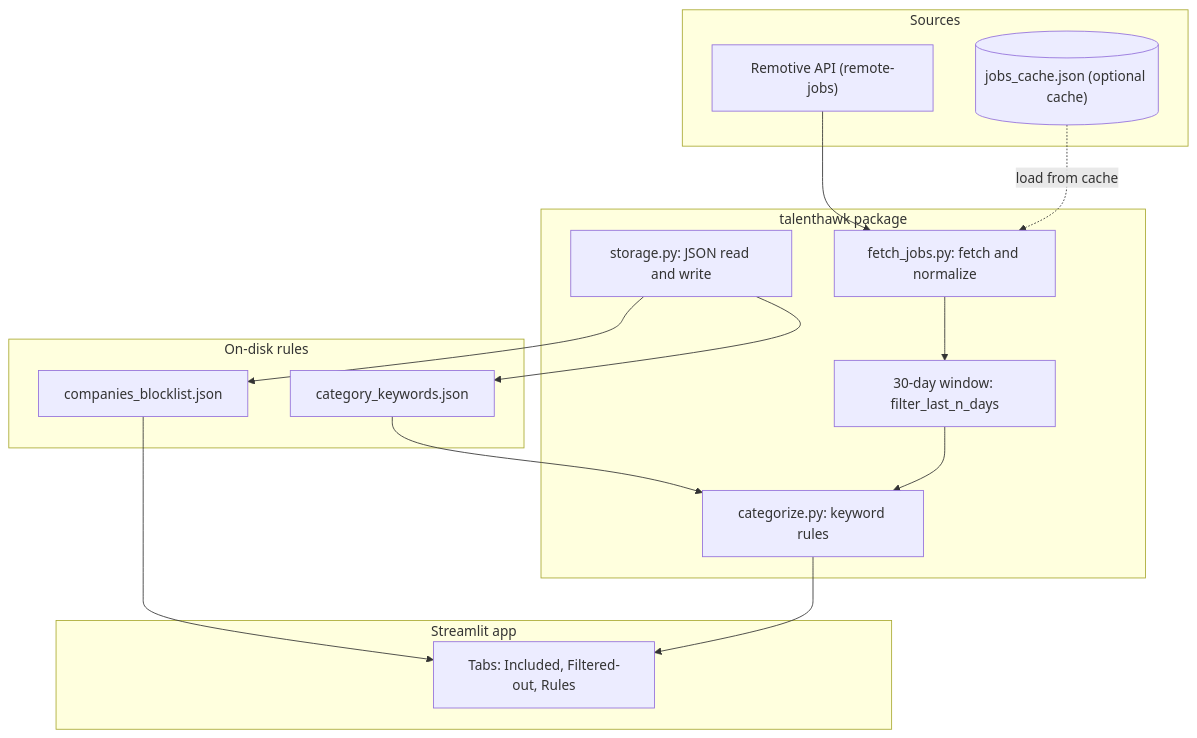
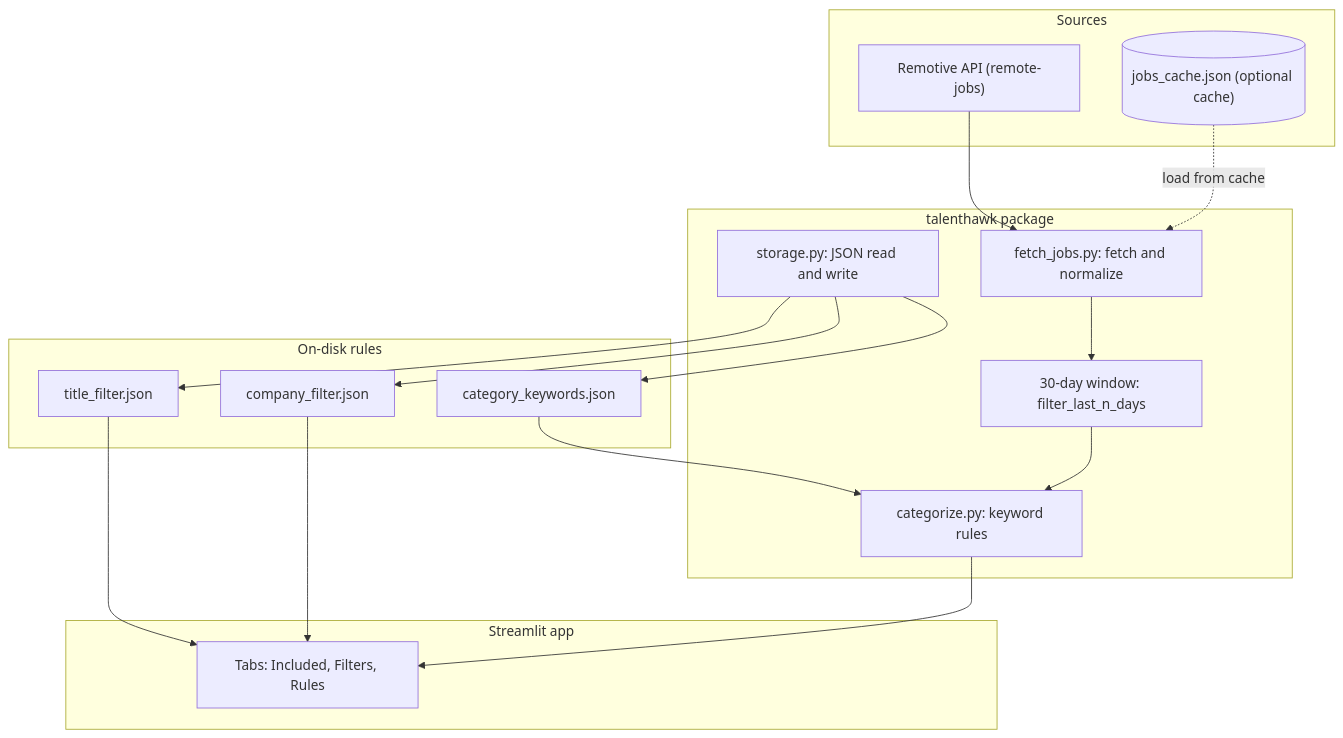
The diagram in README.md (awesomesince96/talenthawk), drawn with Mermaid before and after one commit. The commit also changed other lines of this file and 6 other files, not shown here.

````diff
--- a/README.md
+++ b/README.md
@@ -52,33 +52,36 @@
 ```mermaid
 flowchart TB
     subgraph Sources
         API["Remotive API (remote-jobs)"]
         Disk[("jobs_cache.json (optional cache)")]
     end
 
     subgraph Core["talenthawk package"]
         F["fetch_jobs.py: fetch and normalize"]
         W["30-day window: filter_last_n_days"]
         C["categorize.py: keyword rules"]
         S["storage.py: JSON read and write"]
     end
 
     subgraph Rules["On-disk rules"]
-        BL["companies_blocklist.json"]
+        TF["title_filter.json"]
+        CF["company_filter.json"]
         CK["category_keywords.json"]
     end
 
     subgraph App["Streamlit app"]
-        UI["Tabs: Included, Filtered-out, Rules"]
+        UI["Tabs: Included, Filters, Rules"]
     end
 
     API --> F
     Disk -.->|"load from cache"| F
     F --> W
-    S --> BL
+    S --> TF
+    S --> CF
     S --> CK
-    BL --> UI
+    TF --> UI
+    CF --> UI
     CK --> C
     W --> C
     C --> UI
 ```
````
